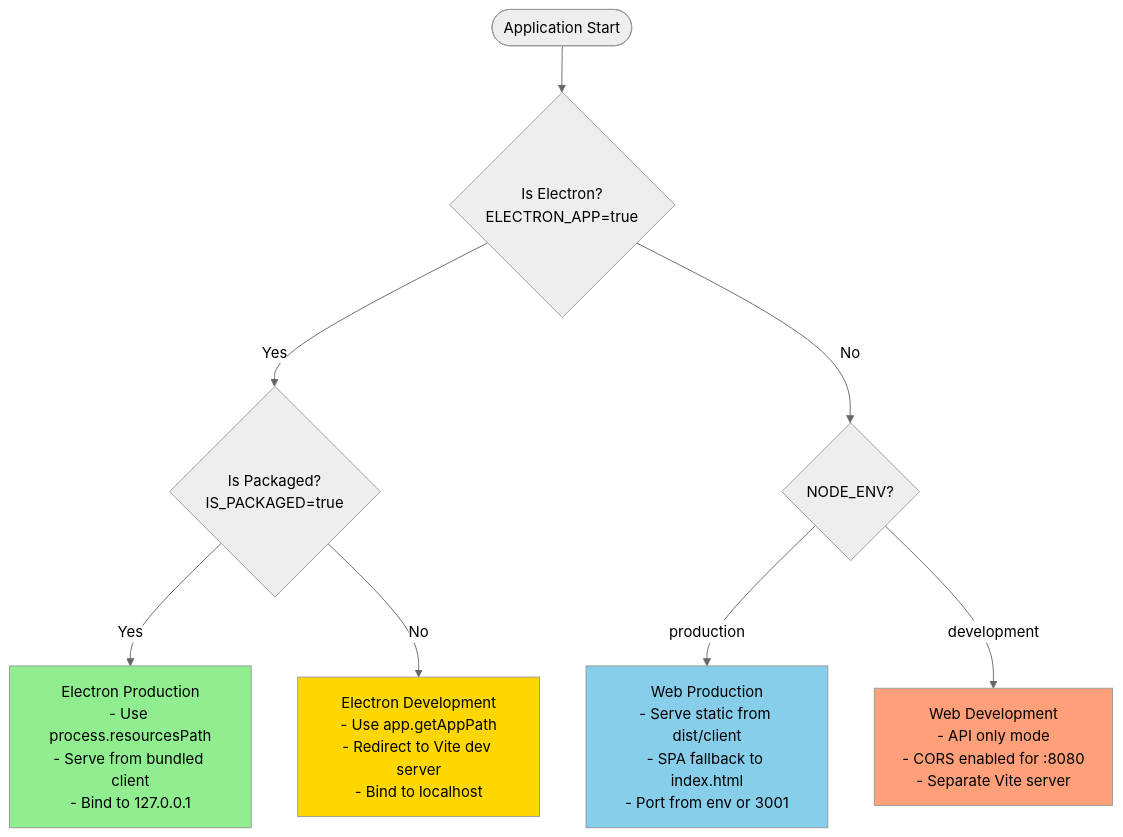
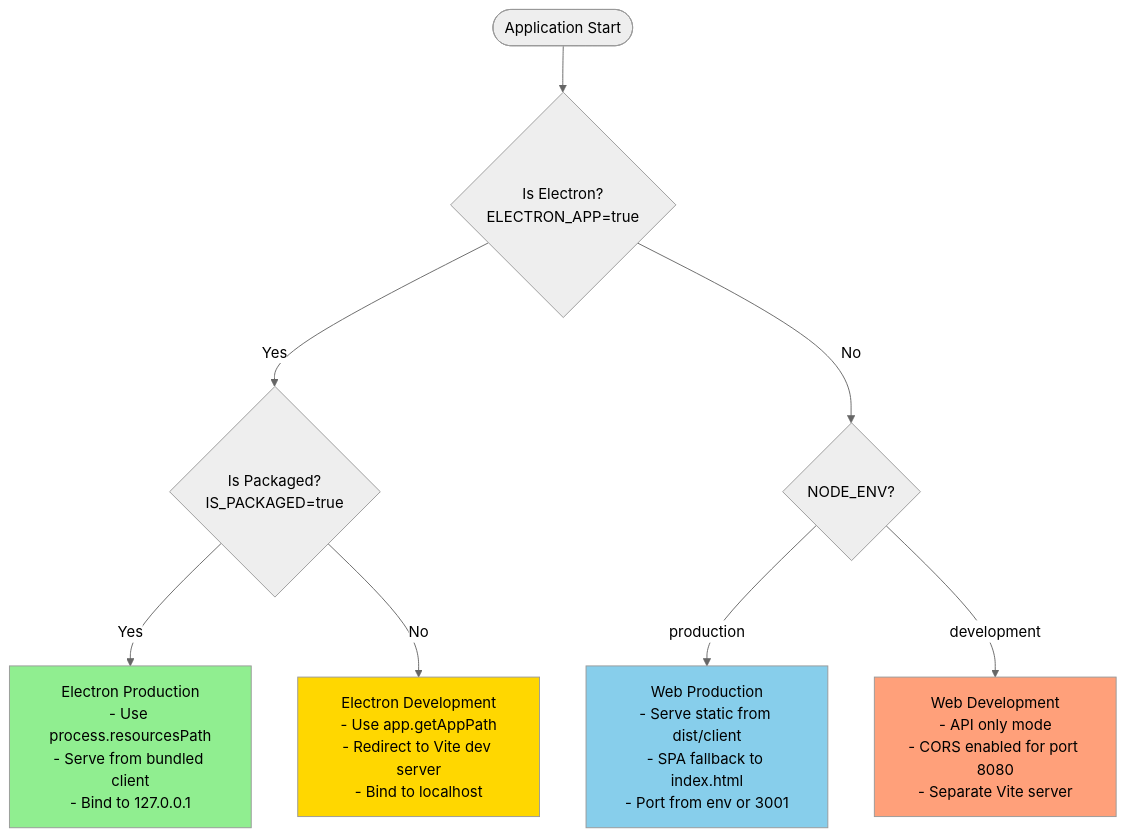
One commit to and1can/inspector changed the sixth of 11 diagrams in docs/CONTRIBUTING.mdx. Above: the diagram before and after it, drawn with Mermaid (neutral theme). The commit also changed other lines of this file, not shown here.

Commit message:
Fix graphs in Contributing

````diff
--- a/docs/CONTRIBUTING.mdx
+++ b/docs/CONTRIBUTING.mdx
@@ -277,20 +277,20 @@
 ```mermaid
 flowchart TD
-    Start([Application Start])
+    Start(["Application Start"])
 
-    Start --> CheckElectron{Is Electron?<br/>ELECTRON_APP=true}
+    Start --> CheckElectron{"Is Electron?<br/>ELECTRON_APP=true"}
 
-    CheckElectron -->|Yes| CheckPackaged{Is Packaged?<br/>IS_PACKAGED=true}
-    CheckElectron -->|No| CheckNodeEnv{NODE_ENV?}
+    CheckElectron -->|Yes| CheckPackaged{"Is Packaged?<br/>IS_PACKAGED=true"}
+    CheckElectron -->|No| CheckNodeEnv{"NODE_ENV?"}
 
-    CheckPackaged -->|Yes| ElectronProd[Electron Production<br/>- Use process.resourcesPath<br/>- Serve from bundled client<br/>- Bind to 127.0.0.1]
-    CheckPackaged -->|No| ElectronDev[Electron Development<br/>- Use app.getAppPath<br/>- Redirect to Vite dev server<br/>- Bind to localhost]
+    CheckPackaged -->|Yes| ElectronProd["Electron Production<br/>- Use process.resourcesPath<br/>- Serve from bundled client<br/>- Bind to 127.0.0.1"]
+    CheckPackaged -->|No| ElectronDev["Electron Development<br/>- Use app.getAppPath<br/>- Redirect to Vite dev server<br/>- Bind to localhost"]
 
-    CheckNodeEnv -->|production| WebProd[Web Production<br/>- Serve static from dist/client<br/>- SPA fallback to index.html<br/>- Port from env or 3001]
-    CheckNodeEnv -->|development| WebDev[Web Development<br/>- API only mode<br/>- CORS enabled for :8080<br/>- Separate Vite server]
+    CheckNodeEnv -->|production| WebProd["Web Production<br/>- Serve static from dist/client<br/>- SPA fallback to index.html<br/>- Port from env or 3001"]
+    CheckNodeEnv -->|development| WebDev["Web Development<br/>- API only mode<br/>- CORS enabled for port 8080<br/>- Separate Vite server"]
 
     style ElectronProd fill:#90EE90
     style ElectronDev fill:#FFD700
     style WebProd fill:#87CEEB
     style WebDev fill:#FFA07A
 ```
````
